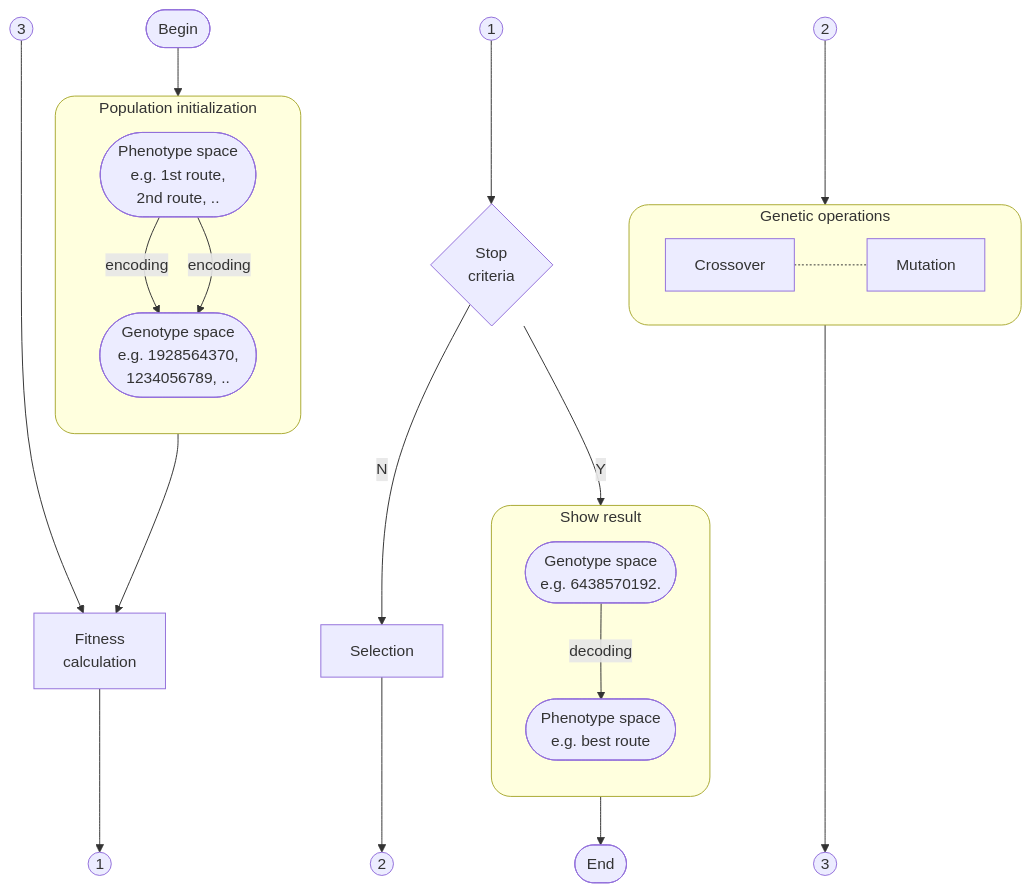
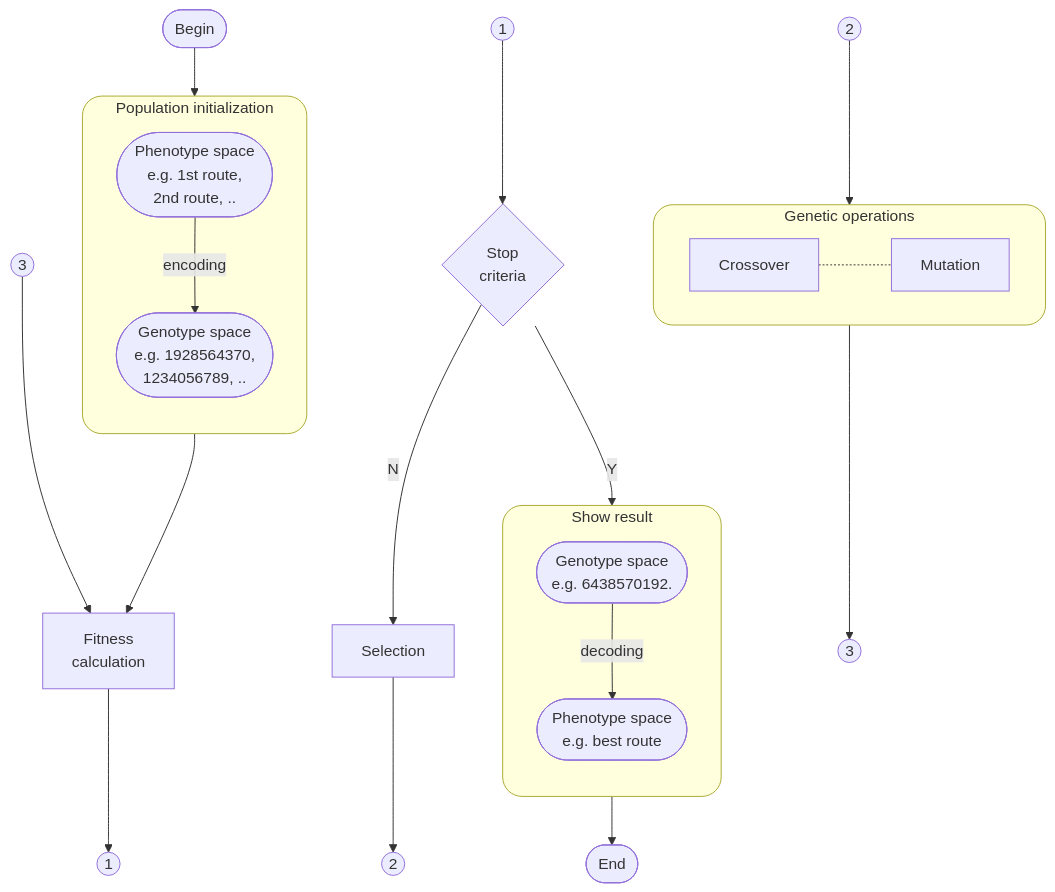
The second of 2 diagrams in content/notes/fi4002/ga/ga-short-intro.md (kodhiline/lecture-notes), drawn with Mermaid before and after one commit. The commit also changed other lines of this file, not shown here.

```diff
--- a/content/notes/fi4002/ga/ga-short-intro.md
+++ b/content/notes/fi4002/ga/ga-short-intro.md
@@ -195,42 +195,41 @@
 {{< mermaid >}}
 flowchart TB
   B --> PI --> FC --> o1a
   o1b --> SC
+  SC --"N"--> S --> o2a
   SC --"Y"--> SR --> E
-  SC --"N"--> S --> o2a
-  o2b --> GO ---> o3a
+  o2b --> GO --> o3a
   C -.- M
-  o3b ---> FC
+  o3b --> FC
   FC["Fitness<br>calculation"]
   SC{"Stop<br>criteria"}
   B(["Begin"])
   E(["End"])
   o1a(("1"))
   o1b(("1"))
   o2a(("2"))
   o2b(("2"))
   o3a(("3"))
   o3b(("3"))
   S["Selection"]
   subgraph PI["Population initialization"]
     direction TB
     FS --"encoding"--> GS
     FS(["Phenotype space<br>e.g. 1st route,<br>2nd route, .."])
     GS(["Genotype space<br>e.g. 1928564370",<br>1234056789, ..])
   end
   subgraph GO["Genetic operations"]
     direction LR
-    FS --"encoding"--> GS
     C["Crossover"]
     M["Mutation"]
   end
   subgraph SR["Show result"]
     direction TB
     GS2 --"decoding"--> FS2
     FS2(["Phenotype space<br>e.g. best route"])
     GS2(["Genotype space<br>e.g. 6438570192".])
   end
   style PI rx:20, ry:20;
   style GO rx:20, ry:20;
   style SR rx:20, ry:20;
 {{< /mermaid >}}
```
